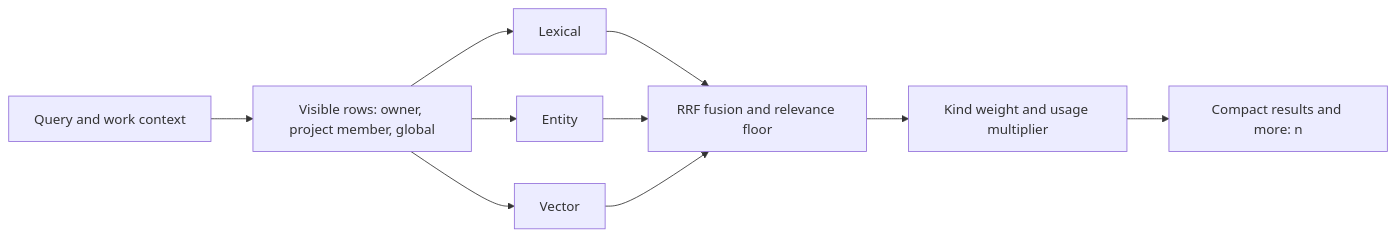
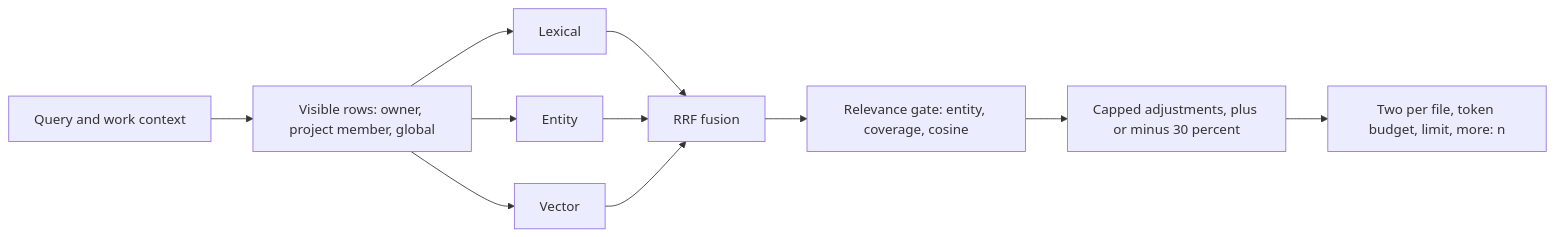
Before and after one commit to cunilab/cairn-memory: the fourth of 4 diagrams in docs/data-flow.md, drawn with Mermaid. The commit also changed other lines of this file and 21 other files, not shown here.

First line of the commit message:
v0.1.6 5b: relevance gate, capped adjustments, budgeted packing, ranked brief

````diff
--- a/docs/data-flow.md
+++ b/docs/data-flow.md
@@ -72,12 +72,13 @@
 ```mermaid
 flowchart LR
     Query[Query and work context] --> Vis[Visible rows: owner, project member, global]
     Vis --> Lex[Lexical]
     Vis --> Ent[Entity]
     Vis --> Vec[Vector]
-    Lex --> Fuse[RRF fusion and relevance floor]
+    Lex --> Fuse[RRF fusion]
     Ent --> Fuse
     Vec --> Fuse
-    Fuse --> Rank[Kind weight and usage multiplier]
-    Rank --> Pack[Compact results and more: n]
+    Fuse --> Gate[Relevance gate: entity, coverage, cosine]
+    Gate --> Rank[Capped adjustments, plus or minus 30 percent]
+    Rank --> Pack[Two per file, token budget, limit, more: n]
 ```
````
